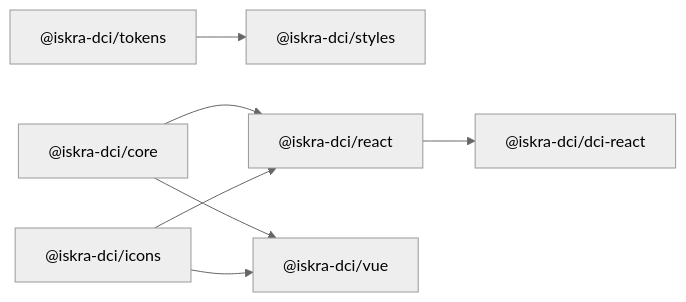
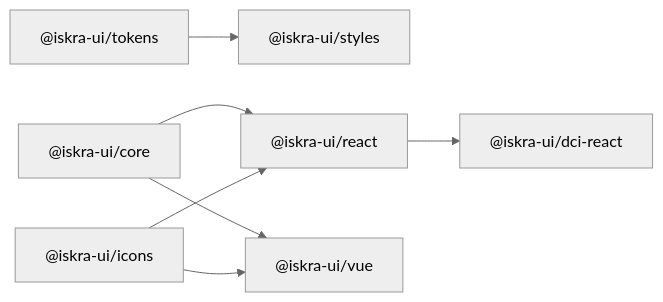
Before and after one commit to iskra-dctech/iskra.ui-kit: the diagram in docs/PACKAGES.md, drawn with Mermaid (neutral theme). The commit also changed other lines of this file and 60 other files, not shown here.

````diff
--- a/docs/PACKAGES.md
+++ b/docs/PACKAGES.md
@@ -7,17 +7,17 @@
 ```mermaid
 flowchart LR
-  tokens["@iskra-dci/tokens"]
-  styles["@iskra-dci/styles"]
-  icons["@iskra-dci/icons"]
-  core["@iskra-dci/core"]
-  react["@iskra-dci/react"]
-  vue["@iskra-dci/vue"]
-  dciReact["@iskra-dci/dci-react"]
+  tokens["@iskra-ui/tokens"]
+  styles["@iskra-ui/styles"]
+  icons["@iskra-ui/icons"]
+  core["@iskra-ui/core"]
+  react["@iskra-ui/react"]
+  vue["@iskra-ui/vue"]
+  dciReact["@iskra-ui/dci-react"]
 
   tokens --> styles
   core --> react
   icons --> react
   core --> vue
   icons --> vue
   react --> dciReact
 ```
````
